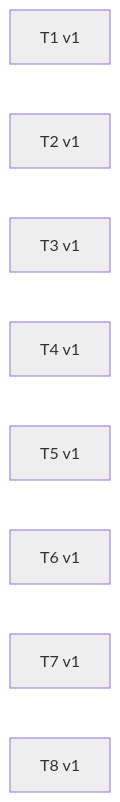
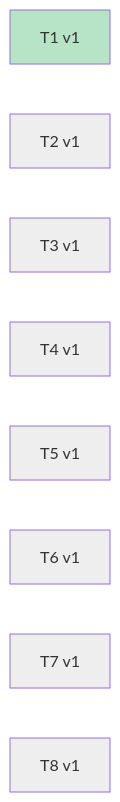
Before and after one commit to Curry09/AHE-Beta: diagram 51 of 51 in docs/specs/OVERVIEW.md, drawn with Mermaid. The commit also changed other lines of this file and 4 other files, not shown here.

First line of the commit message:
feat(designer): 平台层 issue schema——per-kind 字段 USER/TRIAGE 分区 + RFC + validate/render（spec 0025/T1）

````diff
--- a/docs/specs/OVERVIEW.md
+++ b/docs/specs/OVERVIEW.md
@@ -1128,20 +1128,21 @@
 ```mermaid
 graph LR
     v_T1_1["T1 v1"]
     v_T2_1["T2 v1"]
     v_T3_1["T3 v1"]
     v_T4_1["T4 v1"]
     v_T5_1["T5 v1"]
     v_T6_1["T6 v1"]
     v_T7_1["T7 v1"]
     v_T8_1["T8 v1"]
+    classDef st_done fill:#b7e4c7;
     classDef st_pending fill:#eeeeee;
-    class v_T1_1 st_pending;
+    class v_T1_1 st_done;
     class v_T2_1 st_pending;
     class v_T3_1 st_pending;
     class v_T4_1 st_pending;
     class v_T5_1 st_pending;
     class v_T6_1 st_pending;
     class v_T7_1 st_pending;
     class v_T8_1 st_pending;
 ```
````
